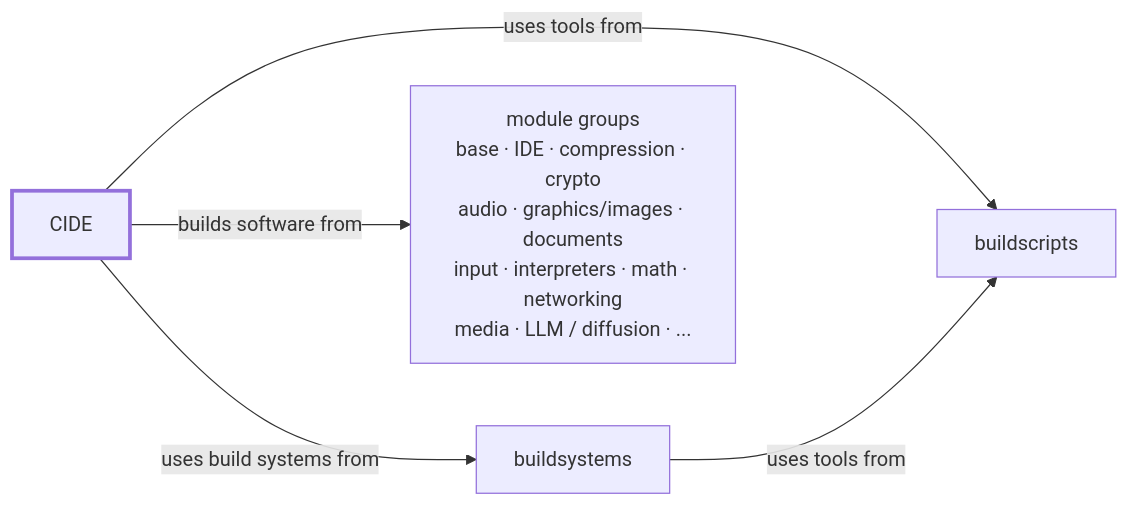
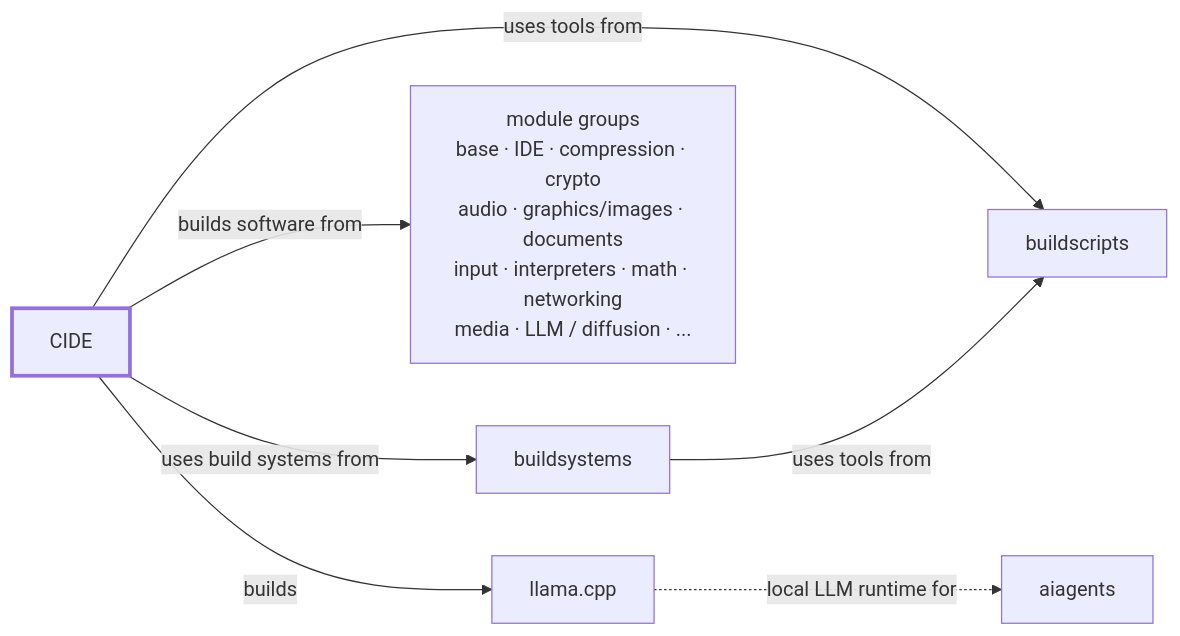
The fifth of 6 diagrams in README.md (witold-k/witold-k), drawn with Mermaid before and after one commit. The commit also changed other lines of this file, not shown here.

Commit message:
Document llama.cpp connection between CIDE and aiagents

````diff
--- a/README.md
+++ b/README.md
@@ -87,10 +89,12 @@
 ```mermaid
 flowchart LR
     C[CIDE] -->|uses tools from| S[buildscripts]
     C -->|uses build systems from| B[buildsystems]
     B -->|uses tools from| S
 
     C -->|builds software from| G["module groups<br/>base · IDE · compression · crypto<br/>audio · graphics/images · documents<br/>input · interpreters · math · networking<br/>media · LLM / diffusion · ..."]
+    C -->|builds| LL[llama.cpp]
+    LL -.->|local LLM runtime for| A[aiagents]
 
     style C stroke-width:3px
 ```
````
